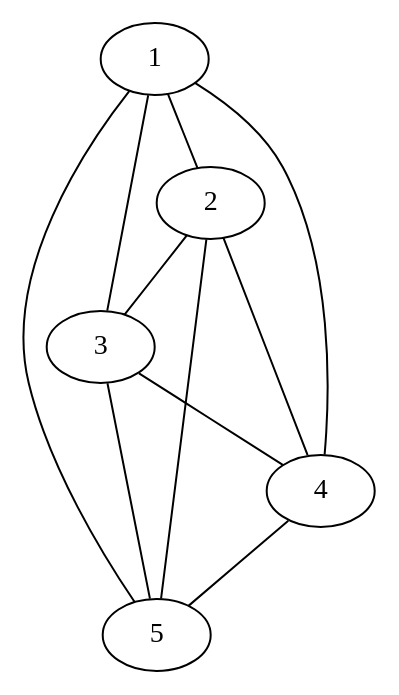
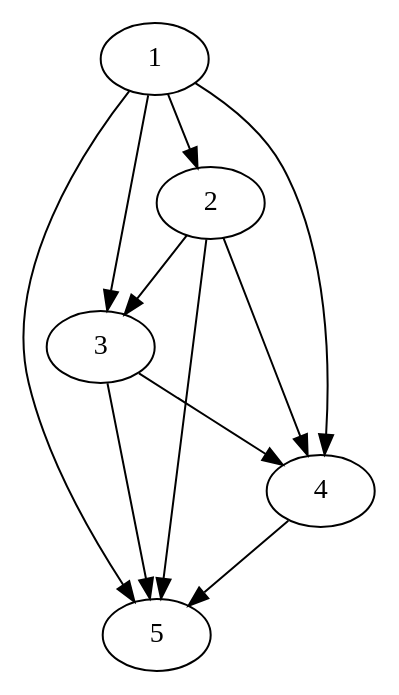
The diagram in dot/k5.dot (gabrieldickert/graphenundnetzwerke), drawn with Graphviz before and after one commit. The commit also changed 16 other files, not shown here.

```diff
--- a/dot/k5.dot
+++ b/dot/k5.dot
@@ -1,12 +1,12 @@
-graph g {
-1 -- 2
-1 -- 3
-1 -- 4
-1 -- 5
-2 -- 3
-2 -- 4
-2 -- 5
-3 -- 4
-3 -- 5
-4 -- 5
+digraph g {
+1 -> 2
+1 -> 3
+1 -> 4
+1 -> 5
+2 -> 3
+2 -> 4
+2 -> 5
+3 -> 4
+3 -> 5
+4 -> 5
 }
```
